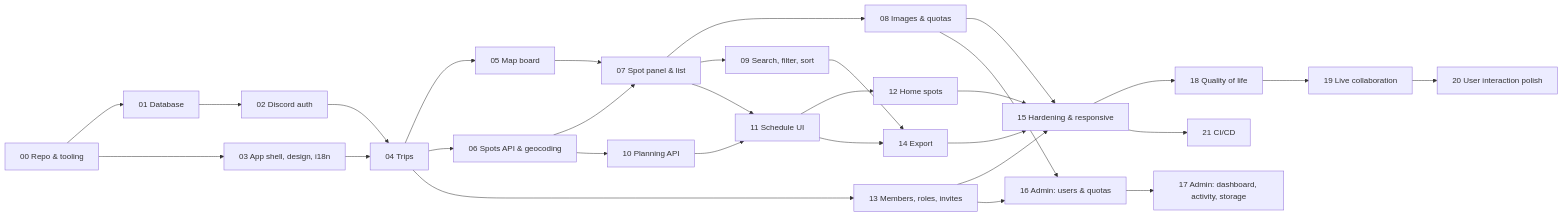
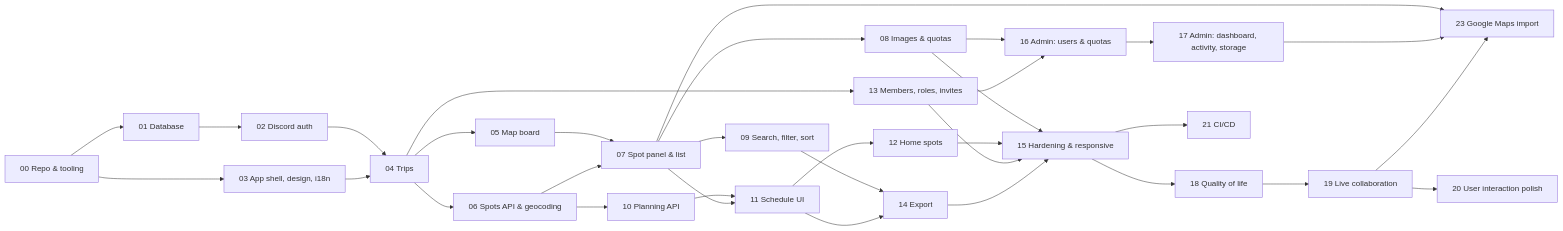
One commit to Oliver122/trip-board changed the diagram in requirements/README.md. Above: the diagram before and after it, drawn with Mermaid. The commit also changed other lines of this file and 1 other file, not shown here.

Commit message:
Add the step 23 requirement for Google Maps import.

````diff
--- a/requirements/README.md
+++ b/requirements/README.md
@@ -11,32 +11,35 @@
 ```mermaid
 flowchart LR
     S00[00 Repo & tooling] --> S01[01 Database]
     S01 --> S02[02 Discord auth]
     S00 --> S03[03 App shell, design, i18n]
     S02 --> S04[04 Trips]
     S03 --> S04
     S04 --> S05[05 Map board]
     S04 --> S06[06 Spots API & geocoding]
     S05 --> S07[07 Spot panel & list]
     S06 --> S07
     S07 --> S08[08 Images & quotas]
     S07 --> S09[09 Search, filter, sort]
     S06 --> S10[10 Planning API]
     S10 --> S11[11 Schedule UI]
     S07 --> S11
     S11 --> S12[12 Home spots]
     S04 --> S13[13 Members, roles, invites]
     S09 --> S14[14 Export]
     S11 --> S14
     S08 --> S15[15 Hardening & responsive]
     S12 --> S15
     S13 --> S15
     S14 --> S15
     S08 --> S16[16 Admin: users & quotas]
     S13 --> S16
     S16 --> S17[17 Admin: dashboard, activity, storage]
     S15 --> S18[18 Quality of life]
     S18 --> S19[19 Live collaboration]
     S19 --> S20[20 User interaction polish]
     S15 --> S21[21 CI/CD]
+    S07 --> S23[23 Google Maps import]
+    S17 --> S23
+    S19 --> S23
 ```
````
